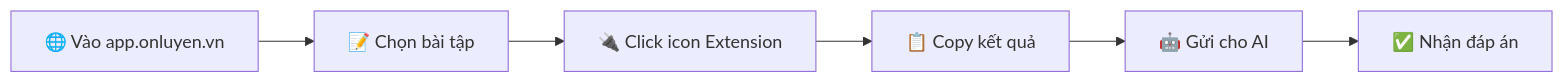
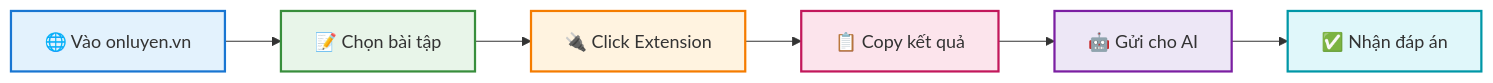
The diagram in README.md (Trongdepzai-dev/onluyen-scraper-extension), drawn with Mermaid before and after one commit. The commit also changed other lines of this file, not shown here.

````diff
--- a/README.md
+++ b/README.md
@@ -159,8 +238,15 @@
 ```mermaid
 flowchart LR
-    A[🌐 Vào app.onluyen.vn] --> B[📝 Chọn bài tập]
-    B --> C[🔌 Click icon Extension]
+    A[🌐 Vào onluyen.vn] --> B[📝 Chọn bài tập]
+    B --> C[🔌 Click Extension]
     C --> D[📋 Copy kết quả]
     D --> E[🤖 Gửi cho AI]
     E --> F[✅ Nhận đáp án]
+    
+    style A fill:#E3F2FD,stroke:#1976D2,stroke-width:2px
+    style B fill:#E8F5E9,stroke:#388E3C,stroke-width:2px
+    style C fill:#FFF3E0,stroke:#F57C00,stroke-width:2px
+    style D fill:#FCE4EC,stroke:#C2185B,stroke-width:2px
+    style E fill:#EDE7F6,stroke:#7B1FA2,stroke-width:2px
+    style F fill:#E0F7FA,stroke:#0097A7,stroke-width:2px
 ```
````
